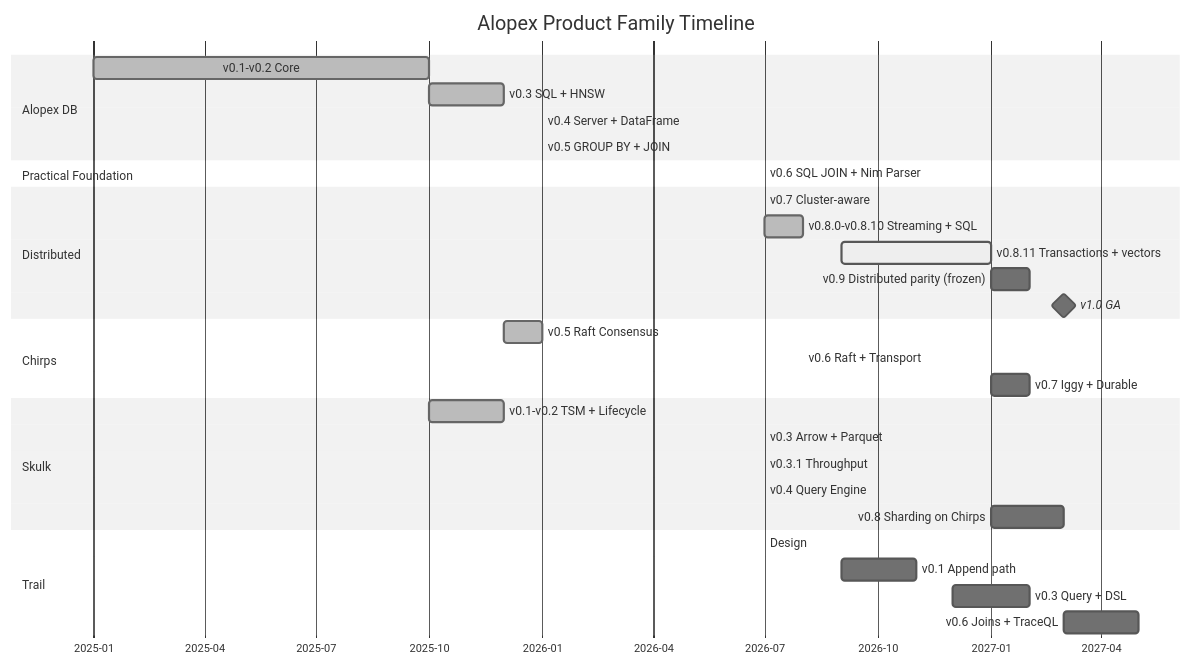
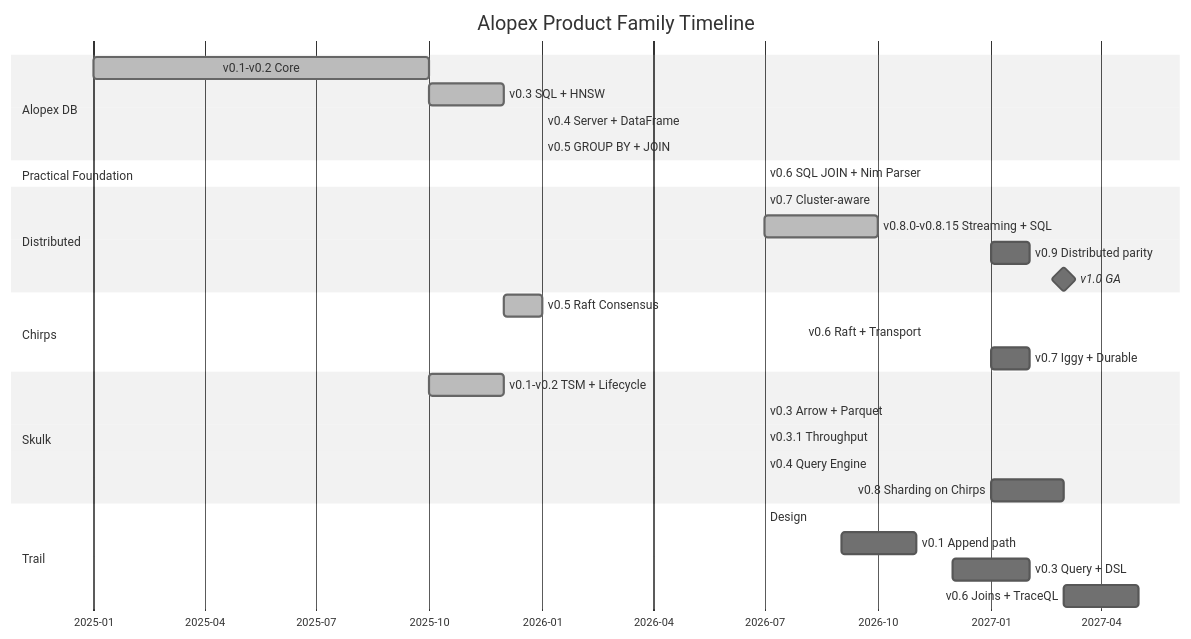
One commit to alopex-db/alopex-db.github.io changed the diagram in docs/roadmap.md. Above: the diagram before and after it, drawn with Mermaid (neutral theme). The commit also changed other lines of this file, not shown here.

Commit message:
docs(roadmap): publish v1.x graph track

````diff
--- a/docs/roadmap.md
+++ b/docs/roadmap.md
@@ -66,40 +65,39 @@
 ```mermaid
 gantt
     title Alopex Product Family Timeline
     dateFormat  YYYY-MM
     axisFormat  %Y-%m
 
     section Alopex DB
     v0.1-v0.2 Core          :done, 2025-01, 2025-10
     v0.3 SQL + HNSW         :done, 2025-10, 2025-12
     v0.4 Server + DataFrame :done, 2026-01, 2026-01
     v0.5 GROUP BY + JOIN    :done, 2026-01, 2026-01
 
     section Practical Foundation
     v0.6 SQL JOIN + Nim Parser :done, 2026-07, 2026-07
 
     section Distributed
     v0.7 Cluster-aware      :done, 2026-07, 2026-07
-    v0.8.0-v0.8.10 Streaming + SQL :done, 2026-07, 2026-08
-    v0.8.11 Transactions + vectors :active, 2026-09, 2027-01
-    v0.9 Distributed parity (frozen) :2027-01, 2027-02
+    v0.8.0-v0.8.15 Streaming + SQL :done, 2026-07, 2026-10
+    v0.9 Distributed parity :2027-01, 2027-02
     v1.0 GA                 :milestone, 2027-03, 0d
 
     section Chirps
     v0.5 Raft Consensus     :done, 2025-12, 2026-01
     v0.6 Raft + Transport   :done, 2026-08, 2026-08
     v0.7 Iggy + Durable     :2027-01, 2027-02
 
     section Skulk
     v0.1-v0.2 TSM + Lifecycle :done, 2025-10, 2025-12
     v0.3 Arrow + Parquet    :done, 2026-07, 2026-07
     v0.3.1 Throughput       :done, 2026-07, 2026-07
     v0.4 Query Engine       :done, 2026-07, 2026-07
     v0.8 Sharding on Chirps :2027-01, 2027-03
 
     section Trail
     Design                  :done, 2026-07, 2026-07
     v0.1 Append path        :2026-09, 2026-11
     v0.3 Query + DSL        :2026-12, 2027-02
     v0.6 Joins + TraceQL    :2027-03, 2027-05
 ```
````
